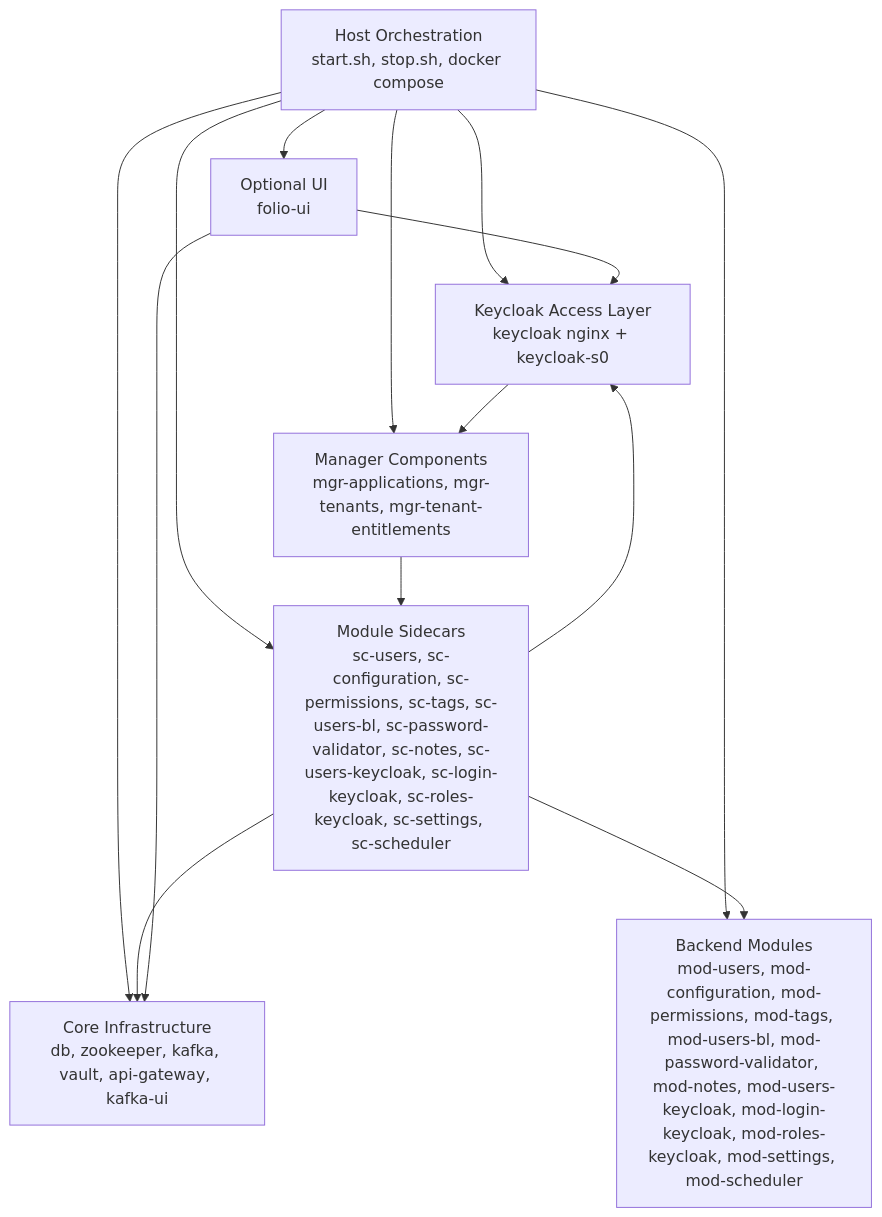
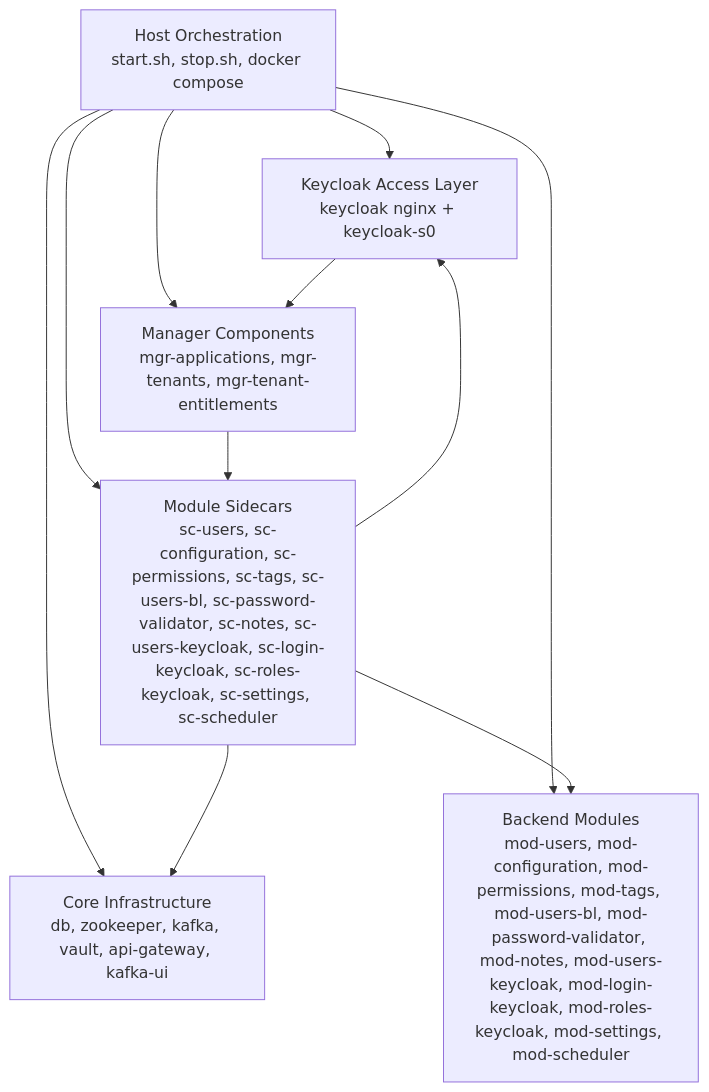
One commit to folio-org/eureka-platform-bootstrap changed the diagram in docs/architecture/runtime-containers.md. Above: the diagram before and after it, drawn with Mermaid. The commit also changed other lines of this file and 34 other files, not shown here.

````diff
--- a/docs/architecture/runtime-containers.md
+++ b/docs/architecture/runtime-containers.md
@@ -9,25 +9,21 @@
 ```mermaid
 flowchart TD
   Host["Host Orchestration\nstart.sh, stop.sh, docker compose"]
   Core["Core Infrastructure\ndb, zookeeper, kafka, vault, api-gateway, kafka-ui"]
   KC["Keycloak Access Layer\nkeycloak nginx + keycloak-s0"]
   Mgmt["Manager Components\nmgr-applications, mgr-tenants, mgr-tenant-entitlements"]
   Modules["Backend Modules\nmod-users, mod-configuration, mod-permissions, mod-tags, mod-users-bl, mod-password-validator, mod-notes, mod-users-keycloak, mod-login-keycloak, mod-roles-keycloak, mod-settings, mod-scheduler"]
   Sidecars["Module Sidecars\nsc-users, sc-configuration, sc-permissions, sc-tags, sc-users-bl, sc-password-validator, sc-notes, sc-users-keycloak, sc-login-keycloak, sc-roles-keycloak, sc-settings, sc-scheduler"]
-  UI["Optional UI\nfolio-ui"]
 
   Host --> Core
   Host --> KC
   Host --> Mgmt
   Host --> Modules
   Host --> Sidecars
-  Host --> UI
 
   KC --> Mgmt
   Mgmt --> Sidecars
   Sidecars --> Modules
   Sidecars --> KC
   Sidecars --> Core
-  UI --> Core
-  UI --> KC
 ```
````
